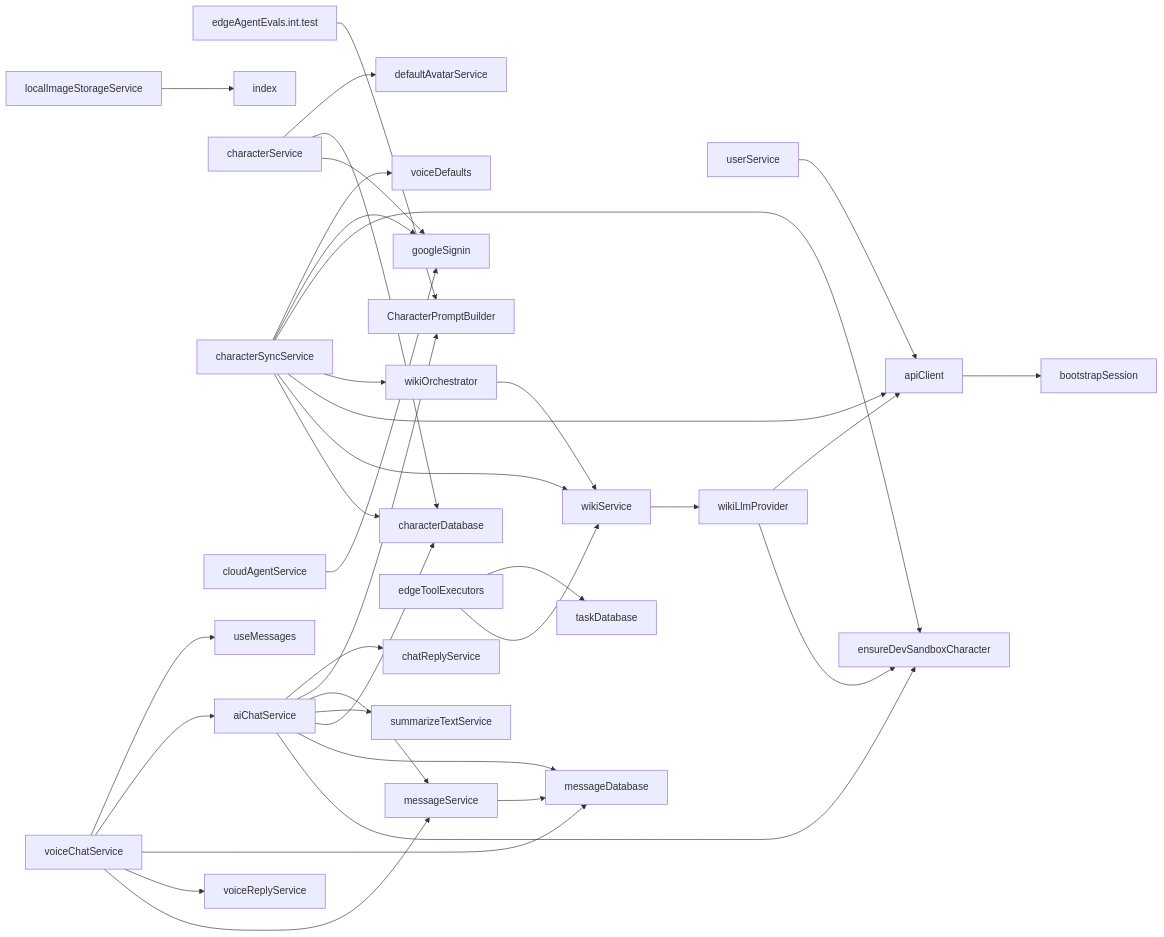
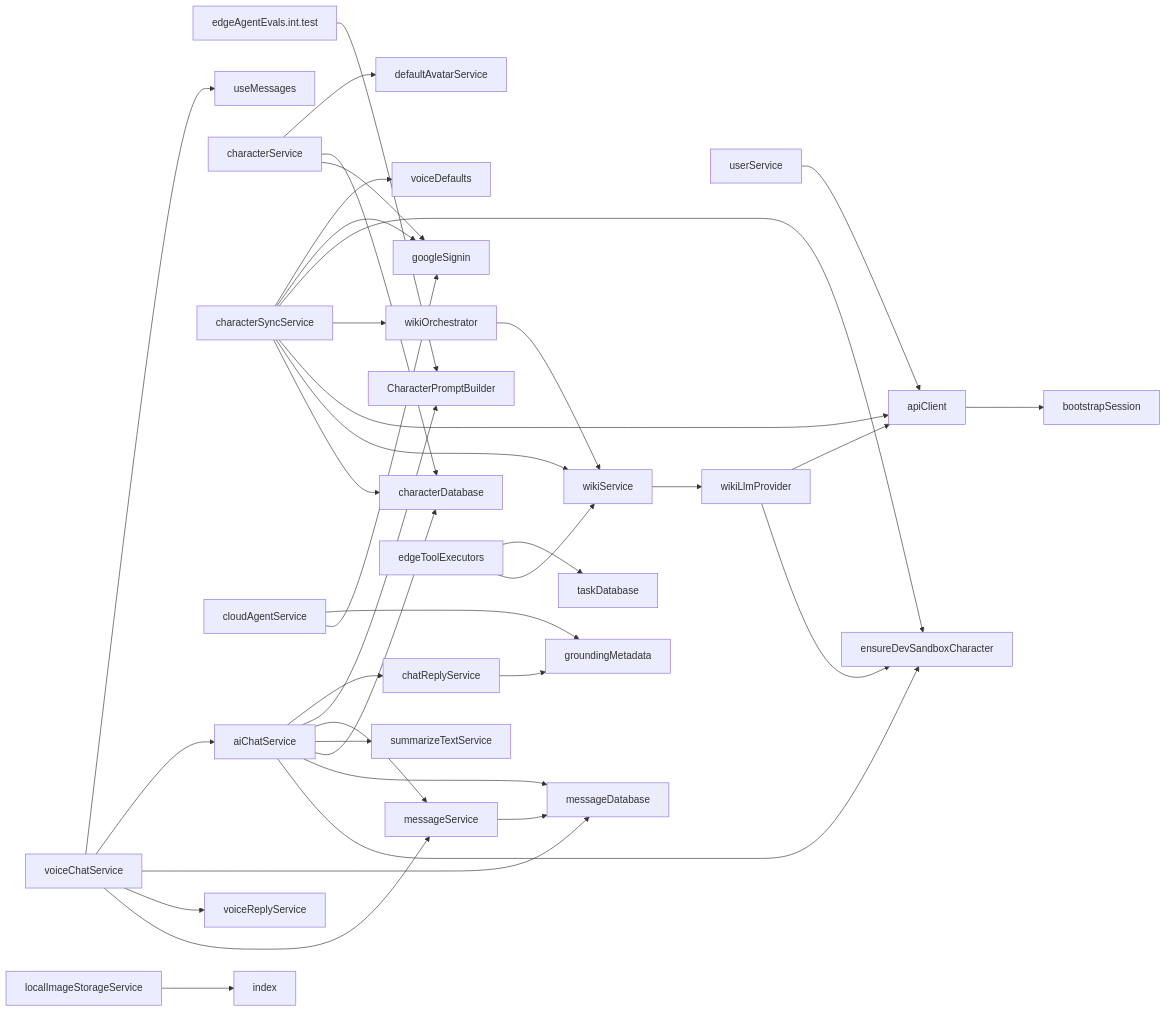
One commit to equationalapplications/clanker changed the diagram in docs/flowcharts/SERVICES.md. Above: the diagram before and after it, drawn with Mermaid. The commit also changed 2 other files, not shown here.

Commit message:
chore: set iOS deployment target and sync flowchart docs
Set iOS deploymentTarget to 16.4. Update COMPONENTS and SERVICES
flowcharts for isSafeHttpUrl and groundingMetadata connections.

````diff
--- a/docs/flowcharts/SERVICES.md
+++ b/docs/flowcharts/SERVICES.md
@@ -4,37 +4,39 @@
 ```mermaid
 graph LR
   edgeAgentEvals.int.test --> CharacterPromptBuilder
   aiChatService --> ensureDevSandboxCharacter
   aiChatService --> messageDatabase
   aiChatService --> characterDatabase
   aiChatService --> summarizeTextService
   aiChatService --> messageService
   aiChatService --> CharacterPromptBuilder
   aiChatService --> chatReplyService
   apiClient --> bootstrapSession
   characterService --> googleSignin
   characterService --> characterDatabase
   characterService --> defaultAvatarService
   characterSyncService --> characterDatabase
   characterSyncService --> wikiService
   characterSyncService --> apiClient
   characterSyncService --> wikiOrchestrator
   characterSyncService --> ensureDevSandboxCharacter
   characterSyncService --> googleSignin
   characterSyncService --> voiceDefaults
+  chatReplyService --> groundingMetadata
   cloudAgentService --> googleSignin
+  cloudAgentService --> groundingMetadata
   edgeToolExecutors --> wikiService
   edgeToolExecutors --> taskDatabase
   localImageStorageService --> index
   messageService --> messageDatabase
   userService --> apiClient
   voiceChatService --> messageService
   voiceChatService --> voiceReplyService
   voiceChatService --> messageDatabase
   voiceChatService --> aiChatService
   voiceChatService --> useMessages
   wikiLlmProvider --> ensureDevSandboxCharacter
   wikiLlmProvider --> apiClient
   wikiOrchestrator --> wikiService
   wikiService --> wikiLlmProvider
 ```
````
